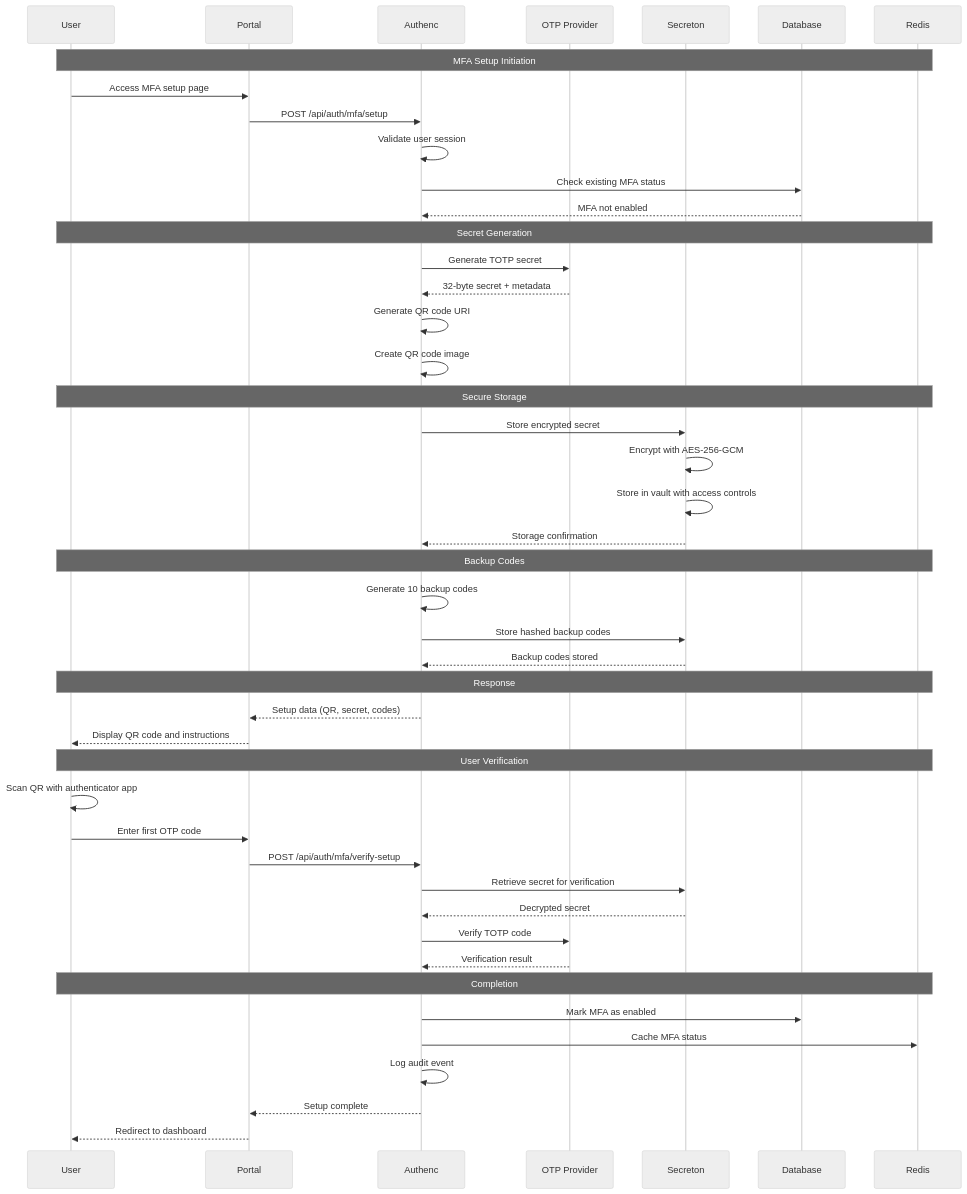
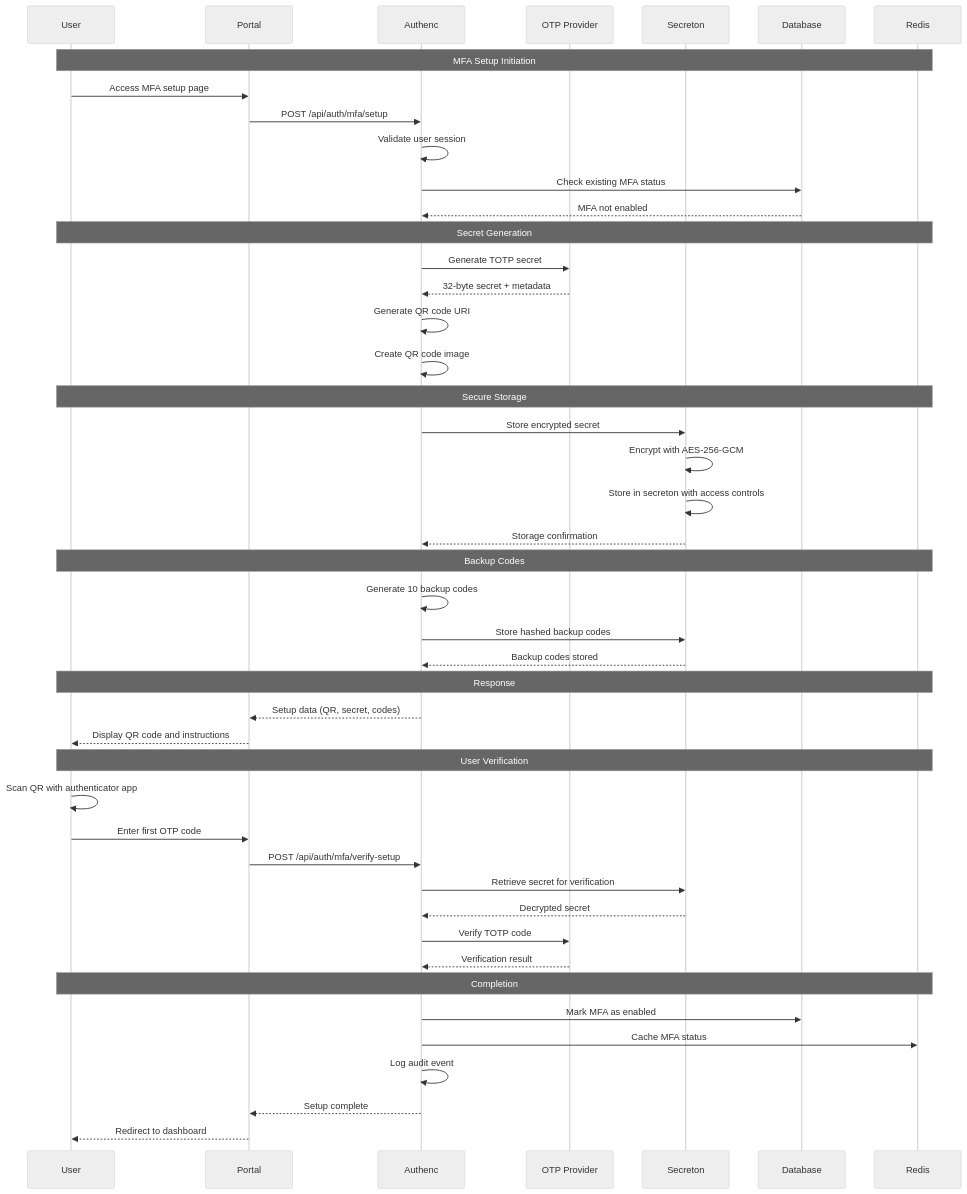
Before and after one commit to analisaperlengkapan/simpel2: the fourth of 8 diagrams in docs/MFA_ARCHITECTURE_DOCUMENTATION.md, drawn with Mermaid (neutral theme). The commit also changed 219 other files, not shown here.

````diff
--- a/docs/MFA_ARCHITECTURE_DOCUMENTATION.md
+++ b/docs/MFA_ARCHITECTURE_DOCUMENTATION.md
@@ -275,54 +275,54 @@
 ```mermaid
 sequenceDiagram
     participant U as User
     participant P as Portal
     participant A as Authenc
     participant OTP as OTP Provider
     participant S as Secreton
     participant DB as Database
     participant R as Redis
 
     Note over U,R: MFA Setup Initiation
     U->>P: Access MFA setup page
     P->>A: POST /api/auth/mfa/setup
     A->>A: Validate user session
     A->>DB: Check existing MFA status
     DB-->>A: MFA not enabled
 
     Note over U,R: Secret Generation
     A->>OTP: Generate TOTP secret
     OTP-->>A: 32-byte secret + metadata
     A->>A: Generate QR code URI
     A->>A: Create QR code image
 
     Note over U,R: Secure Storage
     A->>S: Store encrypted secret
     S->>S: Encrypt with AES-256-GCM
-    S->>S: Store in vault with access controls
+    S->>S: Store in secreton with access controls
     S-->>A: Storage confirmation
 
     Note over U,R: Backup Codes
     A->>A: Generate 10 backup codes
     A->>S: Store hashed backup codes
     S-->>A: Backup codes stored
 
     Note over U,R: Response
     A-->>P: Setup data (QR, secret, codes)
     P-->>U: Display QR code and instructions
 
     Note over U,R: User Verification
     U->>U: Scan QR with authenticator app
     U->>P: Enter first OTP code
     P->>A: POST /api/auth/mfa/verify-setup
     A->>S: Retrieve secret for verification
     S-->>A: Decrypted secret
     A->>OTP: Verify TOTP code
     OTP-->>A: Verification result
 
     Note over U,R: Completion
     A->>DB: Mark MFA as enabled
     A->>R: Cache MFA status
     A->>A: Log audit event
     A-->>P: Setup complete
     P-->>U: Redirect to dashboard
 ```
````
